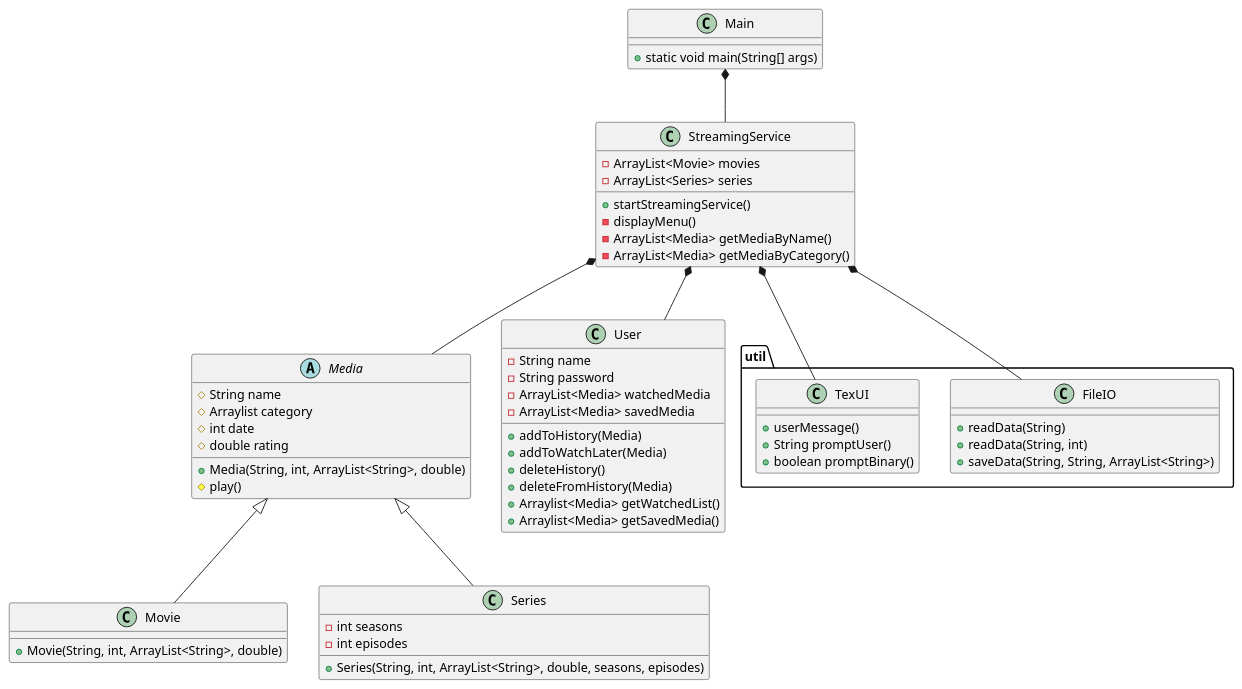
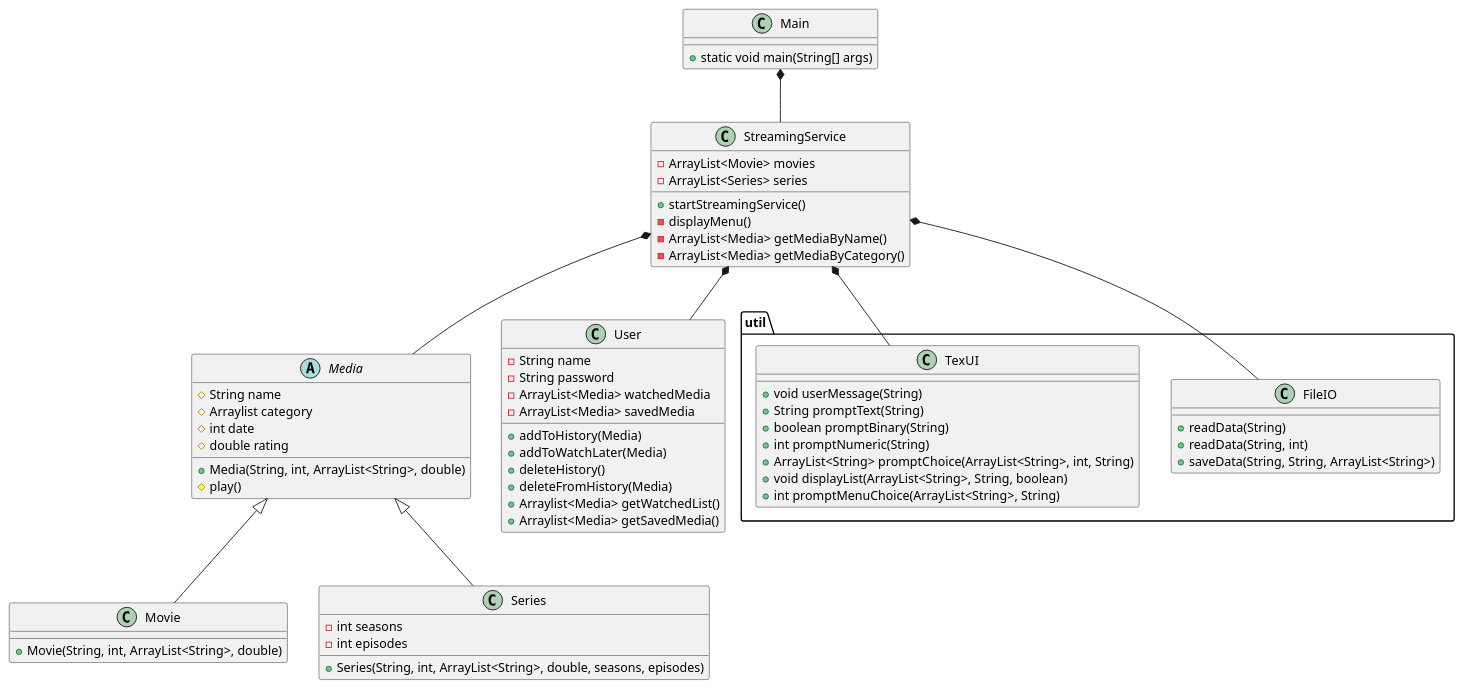
Before and after one commit to Studiegruppe-B/SP3-Streamingtjeneste: the diagram in doc/static/classDiagram.puml, drawn with PlantUML. The commit also changed 1 other file, not shown here.

Commit message:
Updated TextUI parameter datatypes inside of the class diagram.

```diff
--- a/doc/static/classDiagram.puml
+++ b/doc/static/classDiagram.puml
@@ -1,73 +1,77 @@
 @startuml
 class Main{
 + static void main(String[] args)
 
 }
 
 class StreamingService{
 - ArrayList<Movie> movies
 - ArrayList<Series> series
 + startStreamingService()
 - displayMenu()
 - ArrayList<Media> getMediaByName()
 - ArrayList<Media> getMediaByCategory()
 }
 
 
 
 
 abstract class Media{
 # String name
 # Arraylist category
 # int date
 # double rating
 + Media(String, int, ArrayList<String>, double)
 # play()
 }
 
 class Movie{
 + Movie(String, int, ArrayList<String>, double)
 }
 
 class Series{
 + Series(String, int, ArrayList<String>, double, seasons, episodes)
 - int seasons
 - int episodes
 }
 
 class User{
 - String name
 - String password
 - ArrayList<Media> watchedMedia
 - ArrayList<Media> savedMedia
 + addToHistory(Media)
 + addToWatchLater(Media)
 + deleteHistory()
 + deleteFromHistory(Media)
 + Arraylist<Media> getWatchedList()
 + Arraylist<Media> getSavedMedia()
 }
 
 package "util"{
 static class FileIO{
 + readData(String)
 + readData(String, int)
 + saveData(String, String, ArrayList<String>)
 }
 
 static class TexUI{
-+ userMessage()
-+ String promptUser()
-+ boolean promptBinary()
++ void userMessage(String)
++ String promptText(String)
++ boolean promptBinary(String)
++ int promptNumeric(String)
++ ArrayList<String> promptChoice(ArrayList<String>, int, String)
++ void displayList(ArrayList<String>, String, boolean)
++ int promptMenuChoice(ArrayList<String>, String)
 
 }
 }
 
 Main *-- StreamingService
 StreamingService *-- Media
 StreamingService *-- FileIO
 StreamingService *-- TexUI
 StreamingService *-- User
 Media <|-- Movie
 Media <|-- Series
 @enduml
```
